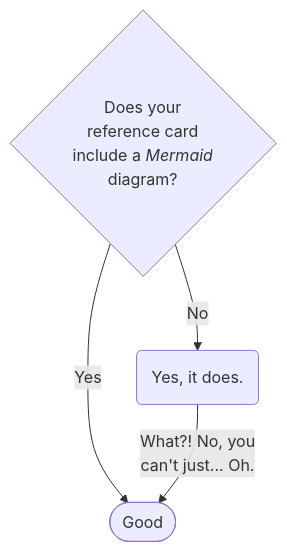
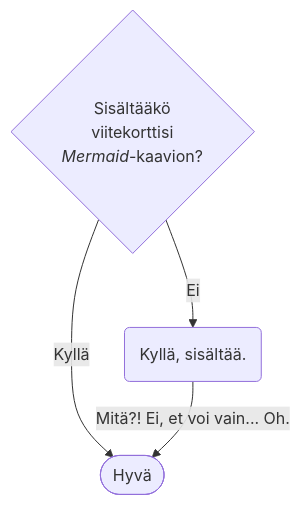
One commit to CSCfi/csc-user-guide changed the diagram in docs/ref.md. Above: the diagram before and after it, drawn with Mermaid. The commit also changed other lines of this file and 472 other files, not shown here.

````diff
--- a/docs/ref.md
+++ b/docs/ref.md
@@ -818,14 +801,12 @@
 ```mermaid
 flowchart TD
-    A{"`Does your
-        reference card
-        include a _Mermaid_
-        diagram?`"}
-    B(Yes, it does.)
-    C([Good])
+    A{"`Sisältääkö
+        viitekorttisi
+        _Mermaid_-kaavion?`"}
+    B(Kyllä, sisältää.)
+    C([Hyvä])
 
-    A-->|Yes| C
-    A -->|No| B
-    B --> |"`What?! No, you
-             can't just... Oh.`"| C
+    A-->|Kyllä| C
+    A -->|Ei| B
+    B --> |"`Mitä?! Ei, et voi vain... Oh.`"| C
 ```
````
